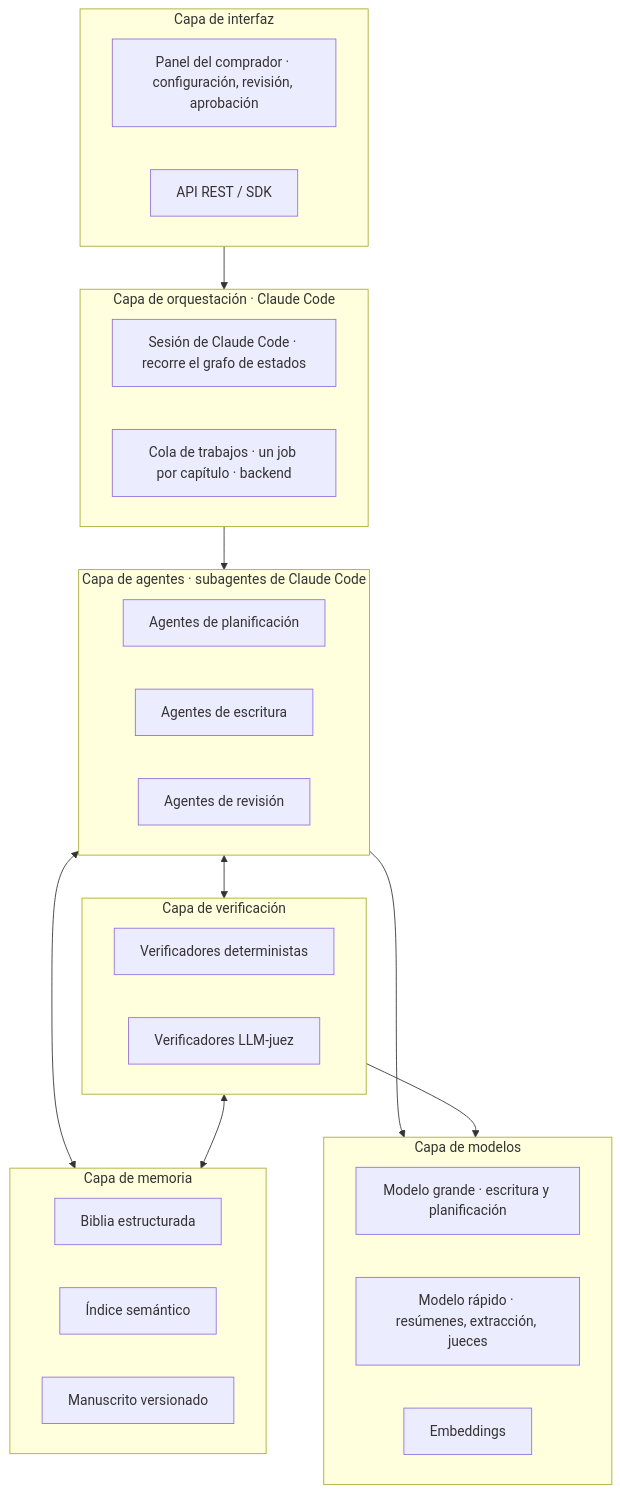
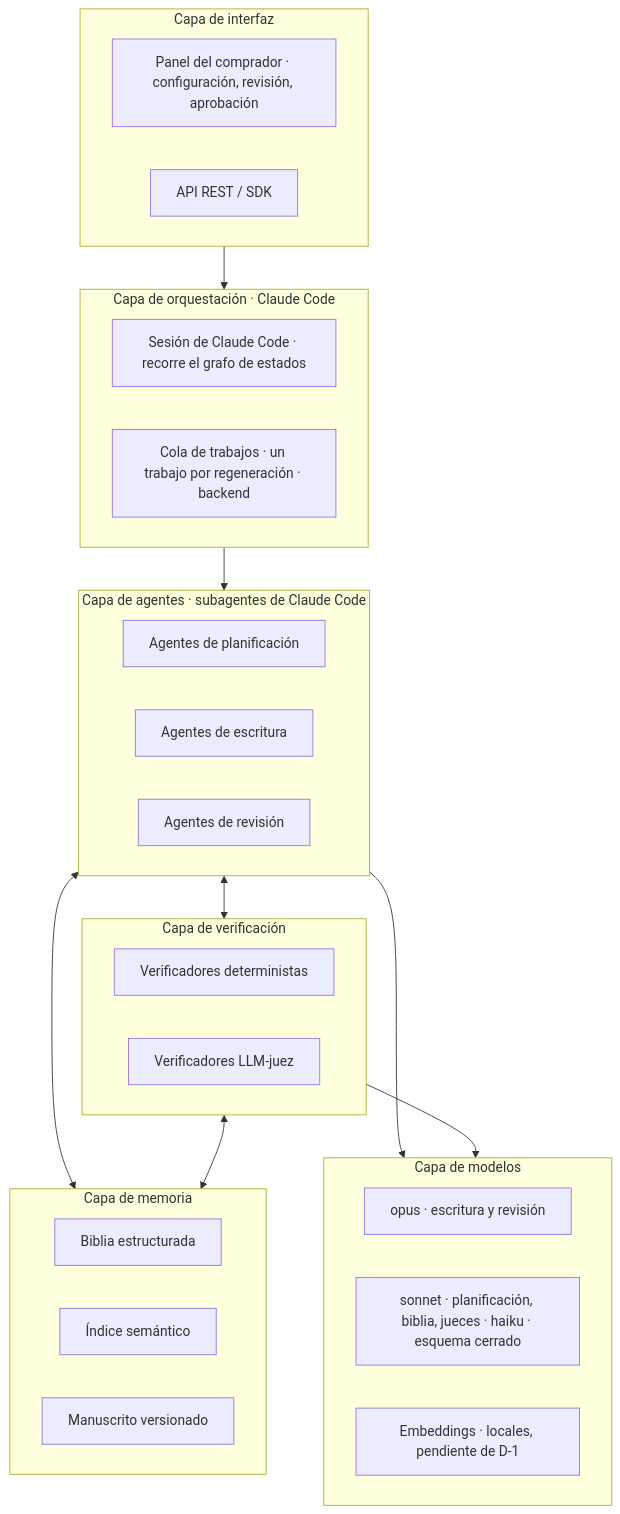
One commit to Asieribarz/my-story-marker changed the first of 10 diagrams in docs/architecture.md. Above: the diagram before and after it, drawn with Mermaid. The commit also changed other lines of this file and 6 other files, not shown here.

````diff
--- a/docs/architecture.md
+++ b/docs/architecture.md
@@ -9,36 +9,36 @@
 ```mermaid
 flowchart TB
   subgraph UI["Capa de interfaz"]
     U1["Panel del comprador · configuración, revisión, aprobación"]
     U2["API REST / SDK"]
   end
   subgraph ORQ["Capa de orquestación · Claude Code"]
     O1["Sesión de Claude Code · recorre el grafo de estados"]
-    O2["Cola de trabajos · un job por capítulo · backend"]
+    O2["Cola de trabajos · un trabajo por regeneración · backend"]
   end
   subgraph AG["Capa de agentes · subagentes de Claude Code"]
     A1["Agentes de planificación"]
     A2["Agentes de escritura"]
     A3["Agentes de revisión"]
   end
   subgraph VER["Capa de verificación"]
     V1["Verificadores deterministas"]
     V2["Verificadores LLM-juez"]
   end
   subgraph MEM["Capa de memoria"]
     M1["Biblia estructurada"]
     M2["Índice semántico"]
     M3["Manuscrito versionado"]
   end
   subgraph LLM["Capa de modelos"]
-    L1["Modelo grande · escritura y planificación"]
-    L2["Modelo rápido · resúmenes, extracción, jueces"]
-    L3["Embeddings"]
+    L1["opus · escritura y revisión"]
+    L2["sonnet · planificación, biblia, jueces · haiku · esquema cerrado"]
+    L3["Embeddings · locales, pendiente de D-1"]
   end
   UI --> ORQ --> AG
   AG <--> VER
   AG <--> MEM
   VER <--> MEM
   AG --> LLM
   VER --> LLM
 ```
````
